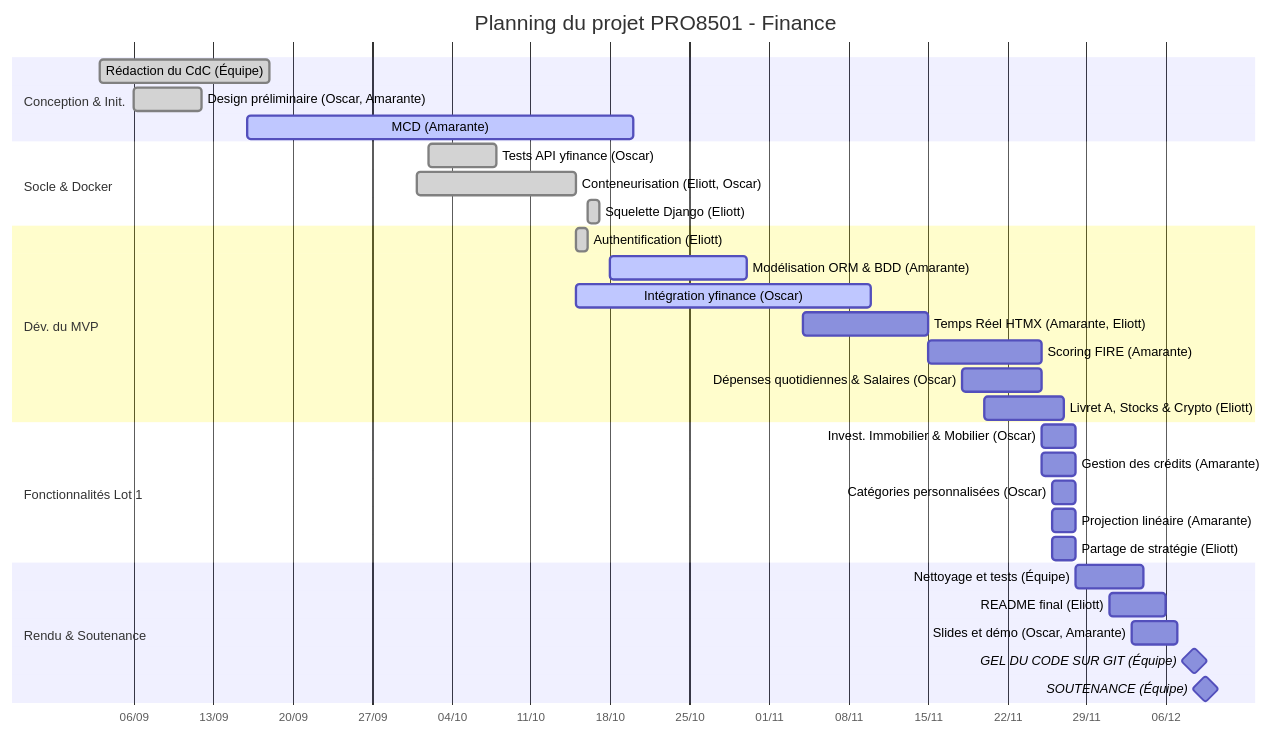
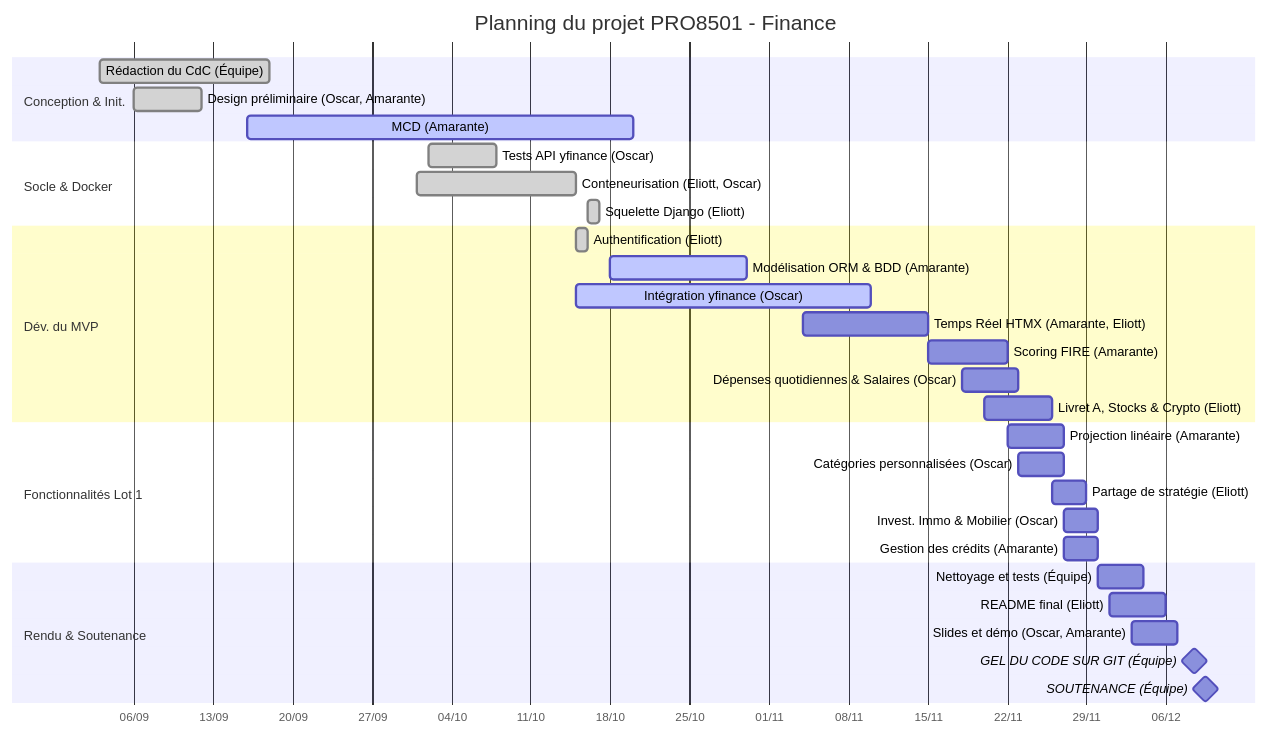
One commit to joliott/CailleOfWallStreet changed the diagram in test.md. Above: the diagram before and after it, drawn with Mermaid.

Commit message:
change test

````diff
--- a/test.md
+++ b/test.md
@@ -6,39 +6,39 @@
 ```mermaid
 gantt
     title Planning du projet PRO8501 - Finance
     dateFormat  YYYY-MM-DD
     axisFormat  %d/%m
 
     section Conception & Init.
     Rédaction du CdC (Équipe)             :done, 2026-09-03, 2026-09-18
     Design préliminaire (Oscar, Amarante) :done, 2026-09-06, 2026-09-12
     MCD (Amarante)                        :active, 2026-09-16, 2026-10-20
 
     section Socle & Docker
     Tests API yfinance (Oscar)            :done, 2026-10-02, 2026-10-08
     Conteneurisation (Eliott, Oscar)      :done, 2026-10-01, 2026-10-15
     Squelette Django (Eliott)             :done, 2026-10-16, 1d
 
     section Dév. du MVP
     Authentification (Eliott)             :done, 2026-10-15, 2026-10-16
     Modélisation ORM & BDD (Amarante)     :active, 2026-10-18, 2026-10-30
     Intégration yfinance (Oscar)          :active, 2026-10-15, 2026-11-10
     Temps Réel HTMX (Amarante, Eliott)    :2026-11-04, 2026-11-15
-    Scoring FIRE (Amarante)               :2026-11-15, 2026-11-25
-    Dépenses quotidiennes & Salaires (Oscar):2026-11-18, 2026-11-25
-    Livret A, Stocks & Crypto (Eliott)    :2026-11-20, 2026-11-27
+    Scoring FIRE (Amarante)               :2026-11-15, 2026-11-22
+    Dépenses quotidiennes & Salaires (Oscar):2026-11-18, 2026-11-23
+    Livret A, Stocks & Crypto (Eliott)    :2026-11-20, 2026-11-26
 
     section Fonctionnalités Lot 1
-    Invest. Immobilier & Mobilier (Oscar) :2026-11-25, 2026-11-28
-    Gestion des crédits (Amarante)        :2026-11-25, 2026-11-28
-    Catégories personnalisées (Oscar)     :2026-11-26, 2026-11-28
-    Projection linéaire (Amarante)        :2026-11-26, 2026-11-28
-    Partage de stratégie (Eliott)         :2026-11-26, 2026-11-28
+    Projection linéaire (Amarante)        :2026-11-22, 2026-11-27
+    Catégories personnalisées (Oscar)     :2026-11-23, 2026-11-27
+    Partage de stratégie (Eliott)         :2026-11-26, 2026-11-29
+    Invest. Immo & Mobilier (Oscar)       :2026-11-27, 2026-11-30
+    Gestion des crédits (Amarante)        :2026-11-27, 2026-11-30
 
     section Rendu & Soutenance
-    Nettoyage et tests (Équipe)           :2026-11-28, 2026-12-04
+    Nettoyage et tests (Équipe)           :2026-11-30, 2026-12-04
     README final (Eliott)                 :2026-12-01, 2026-12-06
     Slides et démo (Oscar, Amarante)      :2026-12-03, 2026-12-07
     GEL DU CODE SUR GIT (Équipe)          :milestone, 2026-12-08, 1d
     SOUTENANCE (Équipe)                   :milestone, 2026-12-09, 1d
 ```
````
